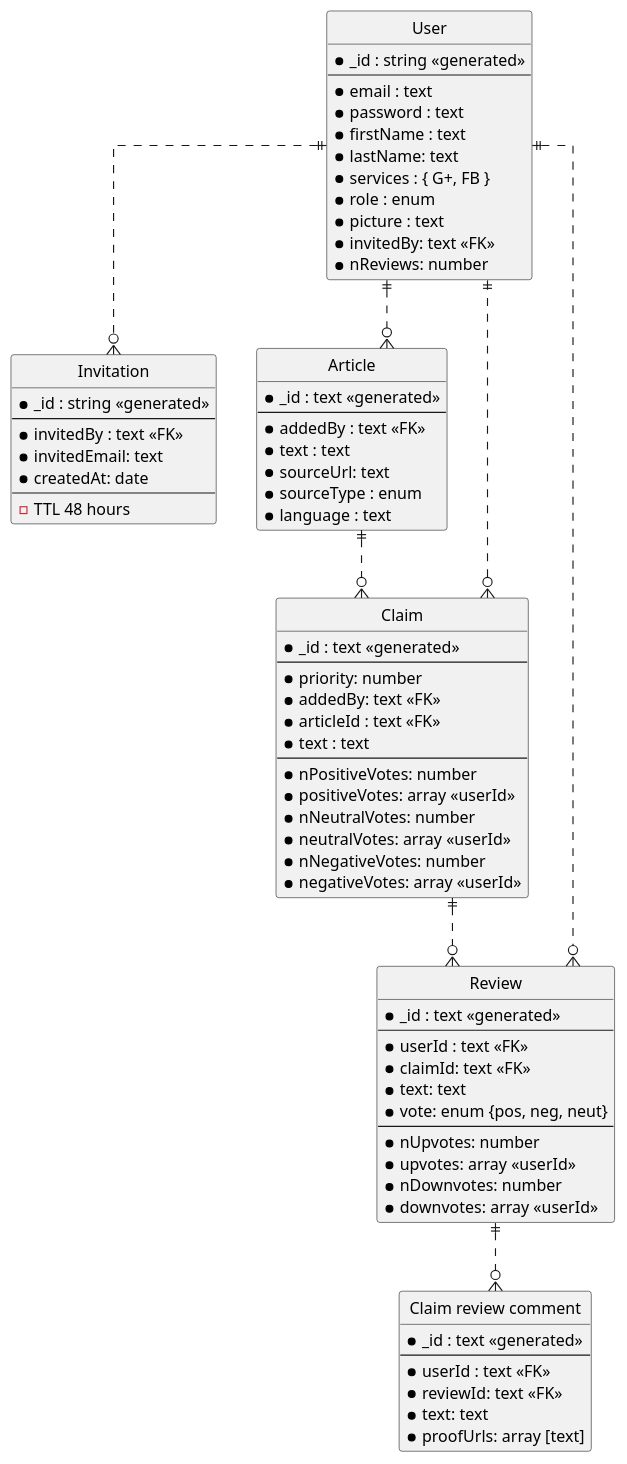
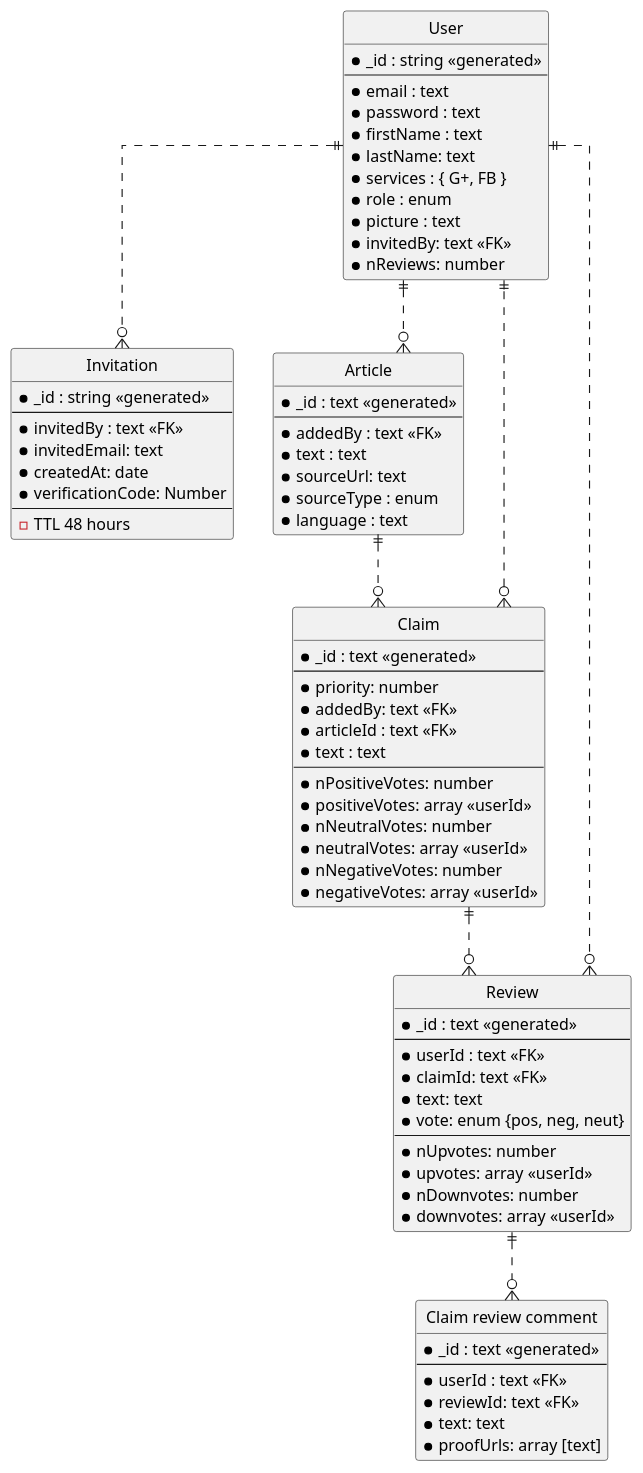
One commit to aic-factcheck/fact_checking_be changed the diagram in sys_docs/entity_relations.puml. Above: the diagram before and after it, drawn with PlantUML. The commit also changed 10 other files, not shown here.

```diff
--- a/sys_docs/entity_relations.puml
+++ b/sys_docs/entity_relations.puml
@@ -1,92 +1,93 @@
 @startuml
 ' hide the spot
 hide circle
 
 ' avoid problems with angled crows feet
 skinparam linetype ortho
 
 entity "User" as user {
   *_id : string <<generated>>
   --
   *email : text
   *password : text
   *firstName : text
   *lastName: text
   *services : { G+, FB }
   *role : enum
   *picture : text
   *invitedBy: text <<FK>>
   *nReviews: number
 }
 
 entity "Invitation" as inv {
   *_id : string <<generated>>
   --
   *invitedBy : text <<FK>>
   *invitedEmail: text
   *createdAt: date
+  *verificationCode: Number
   --
   - TTL 48 hours
 }
 
 entity "Article" as article {
   *_id : text <<generated>>
   --
   *addedBy : text <<FK>>
   *text : text
   *sourceUrl: text
   *sourceType : enum
   *language : text
 }
 
 entity "Claim" as claim {
   *_id : text <<generated>>
   --
   *priority: number
   *addedBy: text <<FK>>
   *articleId : text <<FK>>
   *text : text
   --
   *nPositiveVotes: number
   *positiveVotes: array <<userId>>
   *nNeutralVotes: number
   *neutralVotes: array <<userId>>
   *nNegativeVotes: number
   *negativeVotes: array <<userId>>
   ' *nUpvotes: number
   ' *upvotes: array <<userId>>
   ' *nDownvotes: number
   ' *downvotes: array <<userId>>
 }
 
 entity "Review" as review {
   *_id : text <<generated>>
   --
   *userId : text <<FK>>
   *claimId: text <<FK>>
   *text: text
   *vote: enum {pos, neg, neut}
   --
   *nUpvotes: number
   *upvotes: array <<userId>>
   *nDownvotes: number
   *downvotes: array <<userId>>
 }
 
 entity "Claim review comment" as claimReviewComment {
   *_id : text <<generated>>
   --
   *userId : text <<FK>>
   *reviewId: text <<FK>>
   *text: text
   *proofUrls: array [text] 
 }
 
 user ||..o{ article
 user ||..o{ inv
 article ||..o{ claim
 user ||..o{ review
 claim ||..o{ review
 claim }o..|| user
 review ||..o{ claimReviewComment
 @enduml
```
